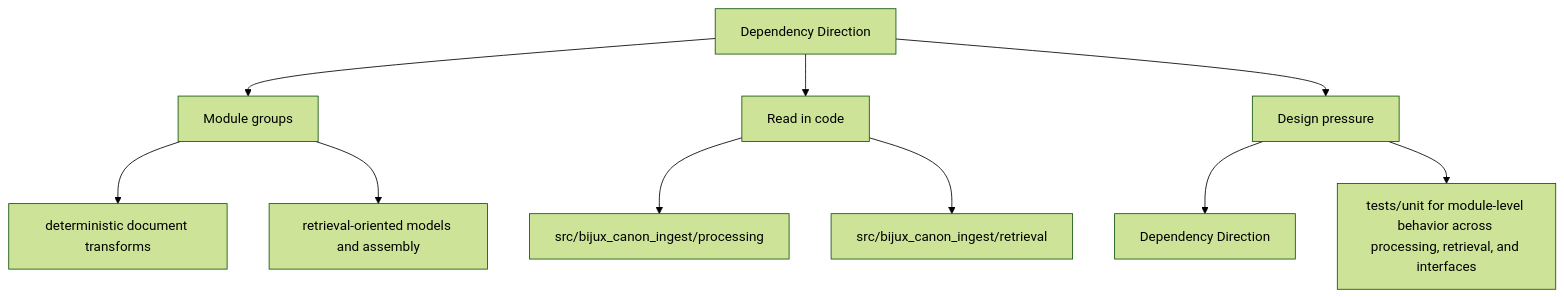
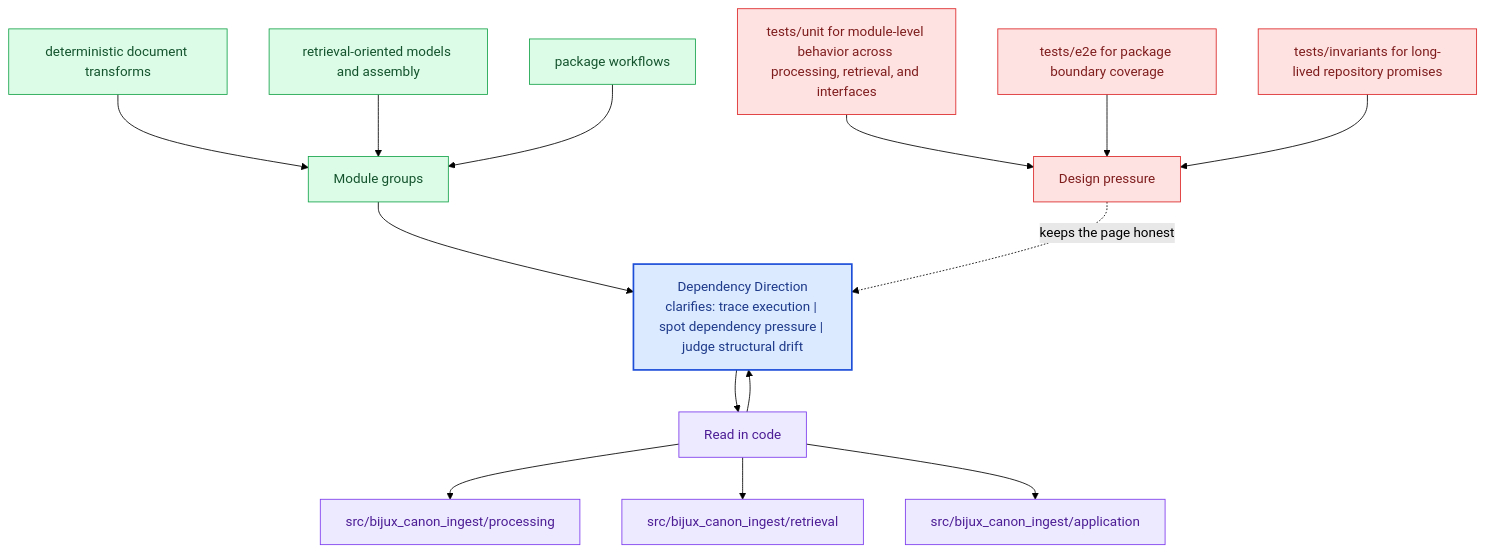
One commit to bijux/bijux-canon changed the second of 2 diagrams in docs/bijux-canon-ingest/architecture/dependency-direction.md. Above: the diagram before and after it, drawn with Mermaid (forest theme). The commit also changed other lines of this file and 281 other files, not shown here.

Commit message:
docs(diagrams): deepen handbook mermaid maps across the catalog

````diff
--- a/docs/bijux-canon-ingest/architecture/dependency-direction.md
+++ b/docs/bijux-canon-ingest/architecture/dependency-direction.md
@@ -35,22 +68,40 @@
 ```mermaid
-flowchart TD
-    page["Dependency Direction"]
+flowchart TB
+    promise["Dependency Direction<br/>clarifies: trace execution | spot dependency pressure | judge structural drift"]
+    classDef promise fill:#dbeafe,stroke:#1d4ed8,color:#1e3a8a,stroke-width:2px;
+    classDef driver fill:#dcfce7,stroke:#16a34a,color:#14532d;
+    classDef constraint fill:#fee2e2,stroke:#dc2626,color:#7f1d1d;
+    classDef ground fill:#ede9fe,stroke:#7c3aed,color:#4c1d95;
     focus1["Module groups"]
-    page --> focus1
+    focus1 --> promise
     focus1_1["deterministic document transforms"]
-    focus1 --> focus1_1
+    focus1_1 --> focus1
     focus1_2["retrieval-oriented models and assembly"]
-    focus1 --> focus1_2
+    focus1_2 --> focus1
+    focus1_3["package workflows"]
+    focus1_3 --> focus1
+    class focus1 driver;
+    class focus1_1,focus1_2,focus1_3 driver;
     focus2["Read in code"]
-    page --> focus2
+    focus2 --> promise
+    promise --> focus2
     focus2_1["src/bijux_canon_ingest/processing"]
     focus2 --> focus2_1
     focus2_2["src/bijux_canon_ingest/retrieval"]
     focus2 --> focus2_2
+    focus2_3["src/bijux_canon_ingest/application"]
+    focus2 --> focus2_3
+    class focus2 ground;
+    class focus2_1,focus2_2,focus2_3 ground;
     focus3["Design pressure"]
-    page --> focus3
-    focus3_1["Dependency Direction"]
-    focus3 --> focus3_1
-    focus3_2["tests/unit for module-level behavior across processing, retrieval, and interfaces"]
-    focus3 --> focus3_2
+    focus3 -.keeps the page honest.-> promise
+    focus3_1["tests/unit for module-level behavior across processing, retrieval, and interfaces"]
+    focus3_1 --> focus3
+    focus3_2["tests/e2e for package boundary coverage"]
+    focus3_2 --> focus3
+    focus3_3["tests/invariants for long-lived repository promises"]
+    focus3_3 --> focus3
+    class focus3 constraint;
+    class focus3_1,focus3_2,focus3_3 constraint;
+    class promise promise;
 ```
````
